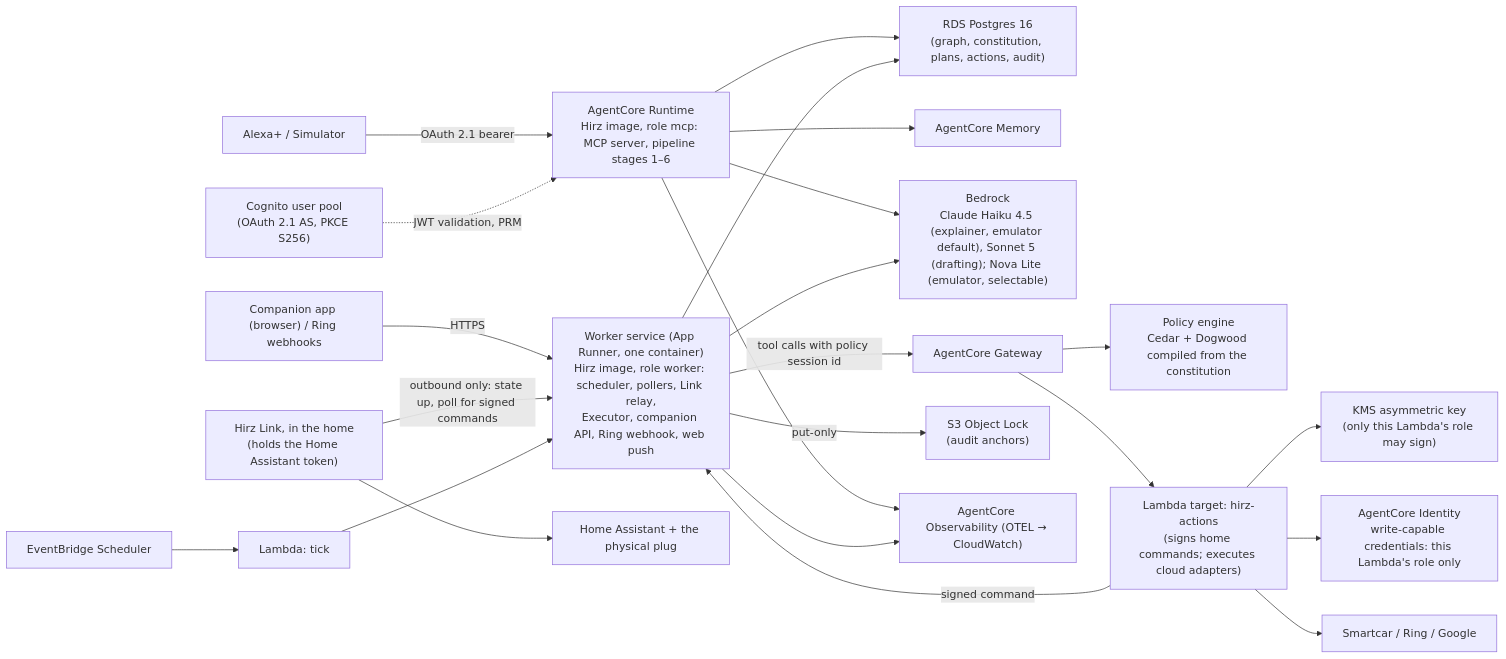
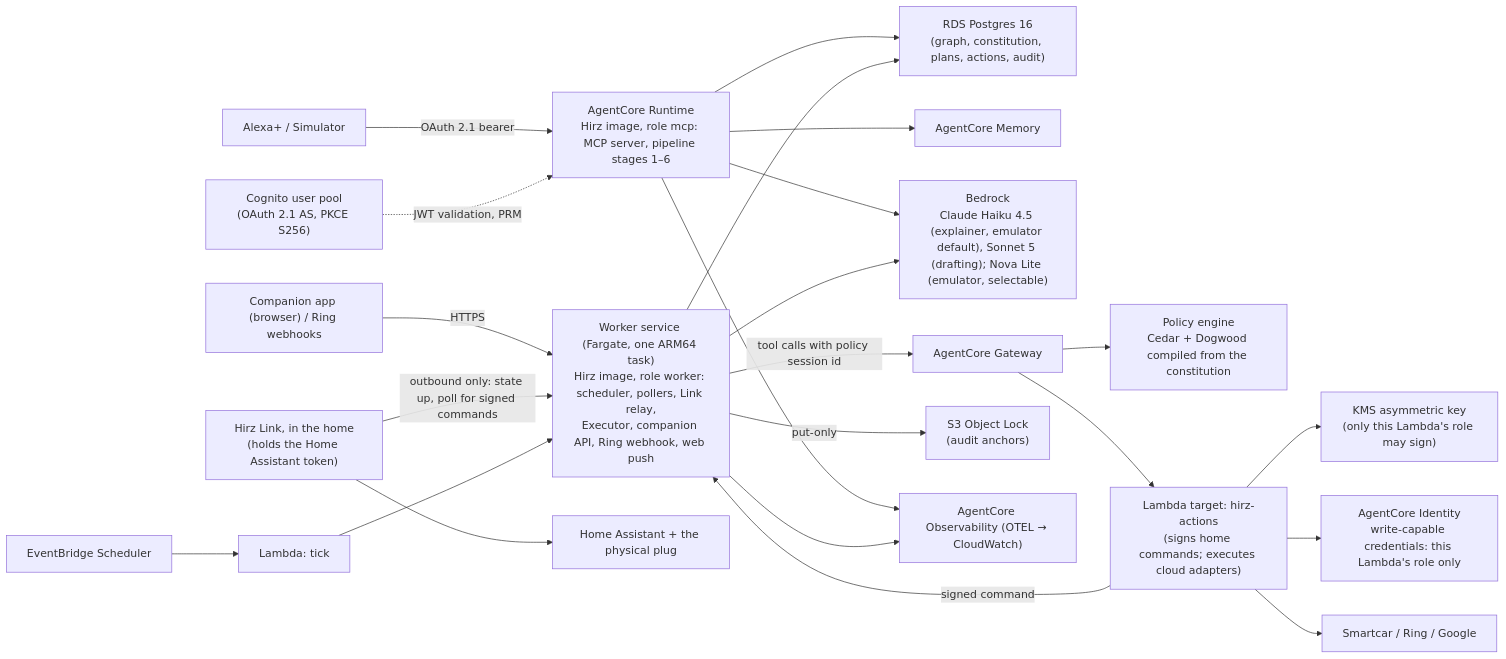
One commit to BashaarJavaid/Hirz changed the second of 2 diagrams in ARCHITECTURE.md. Above: the diagram before and after it, drawn with Mermaid. The commit also changed other lines of this file and 50 other files, not shown here.

````diff
--- a/ARCHITECTURE.md
+++ b/ARCHITECTURE.md
@@ -1317,24 +1317,24 @@
 ```mermaid
 graph LR
     Alexa["Alexa+ / Simulator"] -->|"OAuth 2.1 bearer"| RT["AgentCore Runtime<br/>Hirz image, role mcp: MCP server, pipeline stages 1–6"]
     Cog["Cognito user pool<br/>(OAuth 2.1 AS, PKCE S256)"] -.->|"JWT validation, PRM"| RT
     RT --> PG["RDS Postgres 16<br/>(graph, constitution, plans, actions, audit)"]
     RT --> AM["AgentCore Memory"]
     RT --> BR["Bedrock<br/>Claude Haiku 4.5 (explainer, emulator default), Sonnet 5 (drafting); Nova Lite (emulator, selectable)"]
-    App["Companion app (browser) / Ring webhooks"] -->|"HTTPS"| WK["Worker service (App Runner, one container)<br/>Hirz image, role worker: scheduler, pollers, Link relay,<br/>Executor, companion API, Ring webhook, web push"]
+    App["Companion app (browser) / Ring webhooks"] -->|"HTTPS"| WK["Worker service (Fargate, one ARM64 task)<br/>Hirz image, role worker: scheduler, pollers, Link relay,<br/>Executor, companion API, Ring webhook, web push"]
     WK --> PG
     WK -->|"tool calls with policy session id"| GW["AgentCore Gateway"]
     GW --> POL["Policy engine<br/>Cedar + Dogwood compiled from the constitution"]
     GW --> ACT["Lambda target: hirz-actions<br/>(signs home commands; executes cloud adapters)"]
     ACT --> KMS["KMS asymmetric key<br/>(only this Lambda's role may sign)"]
     ACT --> AI["AgentCore Identity<br/>write-capable credentials: this Lambda's role only"]
     ACT --> World["Smartcar / Ring / Google"]
     ACT -->|"signed command"| WK
     LINK["Hirz Link, in the home<br/>(holds the Home Assistant token)"] -->|"outbound only: state up, poll for signed commands"| WK
     LINK --> HAH["Home Assistant + the physical plug"]
     WK -->|"put-only"| S3A["S3 Object Lock<br/>(audit anchors)"]
     SCH["EventBridge Scheduler"] --> TICK["Lambda: tick"] --> WK
     WK --> BR
     RT --> OBS["AgentCore Observability (OTEL → CloudWatch)"]
     WK --> OBS
 ```
````
